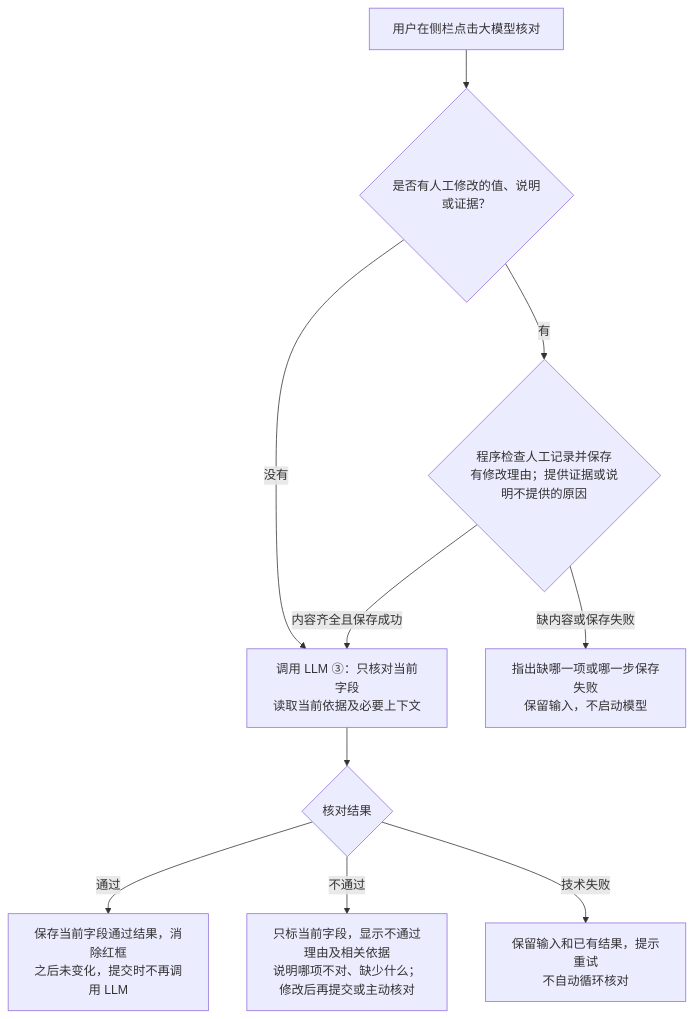
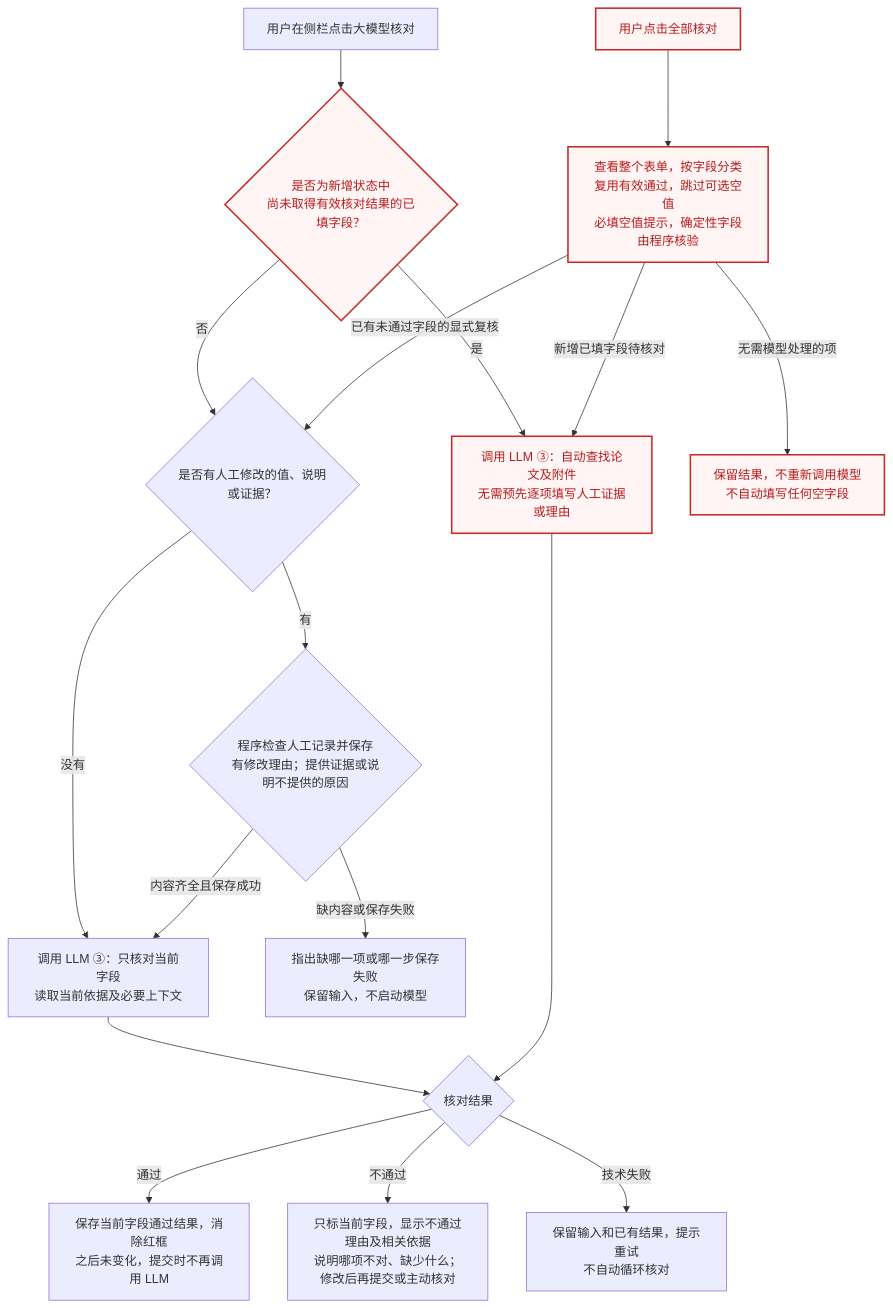
The third of 3 diagrams in docs/specs/147-two-stage-field-review/review-flow.md (JLU-ICCMS-MaYuan/SC-Wiki), drawn with Mermaid before and after one commit. The commit also changed other lines of this file and 6 other files, not shown here.

````diff
--- a/docs/specs/147-two-stage-field-review/review-flow.md
+++ b/docs/specs/147-two-stage-field-review/review-flow.md
@@ -81,12 +94,21 @@
 ```mermaid
 flowchart TD
-    A[用户在侧栏点击大模型核对] --> CHANGED{是否有人工修改的值、说明或证据？}
+    A[用户在侧栏点击大模型核对] --> NEW{是否为新增状态中<br/>尚未取得有效核对结果的已填字段？}
+    NEW -->|是| AUTO[调用 LLM ③：自动查找论文及附件<br/>无需预先逐项填写人工证据或理由]
+    NEW -->|否| CHANGED{是否有人工修改的值、说明或证据？}
     CHANGED -->|没有| L3[调用 LLM ③：只核对当前字段<br/>读取当前依据及必要上下文]
     CHANGED -->|有| S{程序检查人工记录并保存<br/>有修改理由；提供证据或说明不提供的原因}
     S -->|缺内容或保存失败| E[指出缺哪一项或哪一步保存失败<br/>保留输入，不启动模型]
     S -->|内容齐全且保存成功| L3
     L3 --> R{核对结果}
+    AUTO --> R
+    ALL[用户点击全部核对] --> PICK[查看整个表单，按字段分类<br/>复用有效通过，跳过可选空值<br/>必填空值提示，确定性字段由程序核验]
+    PICK -->|新增已填字段待核对| AUTO
+    PICK -->|已有未通过字段的显式复核| CHANGED
+    PICK -->|无需模型处理的项| KEEP[保留结果，不重新调用模型<br/>不自动填写任何空字段]
     R -->|通过| P[保存当前字段通过结果，消除红框<br/>之后未变化，提交时不再调用 LLM]
     R -->|不通过| F[只标当前字段，显示不通过理由及相关依据<br/>说明哪项不对、缺少什么；修改后再提交或主动核对]
     R -->|技术失败| T[保留输入和已有结果，提示重试<br/>不自动循环核对]
+    classDef added fill:#fff5f5,stroke:#c62828,color:#b71c1c,stroke-width:2px;
+    class NEW,AUTO,ALL,PICK,KEEP added;
 ```
````
